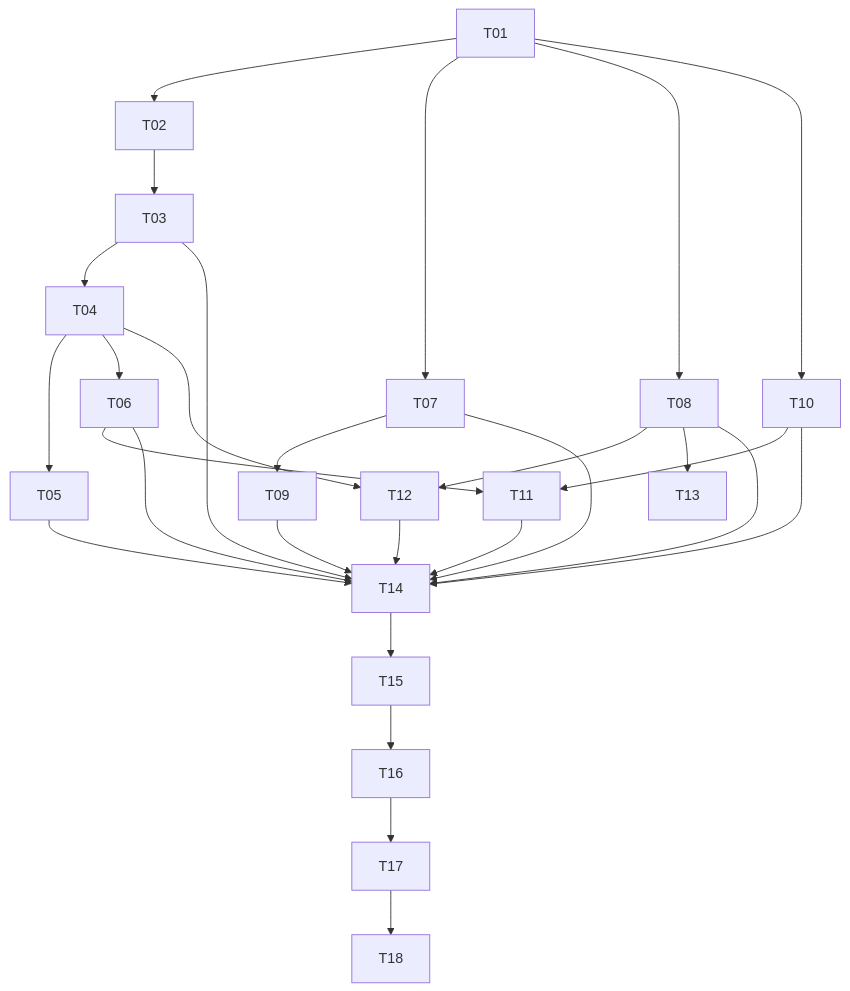
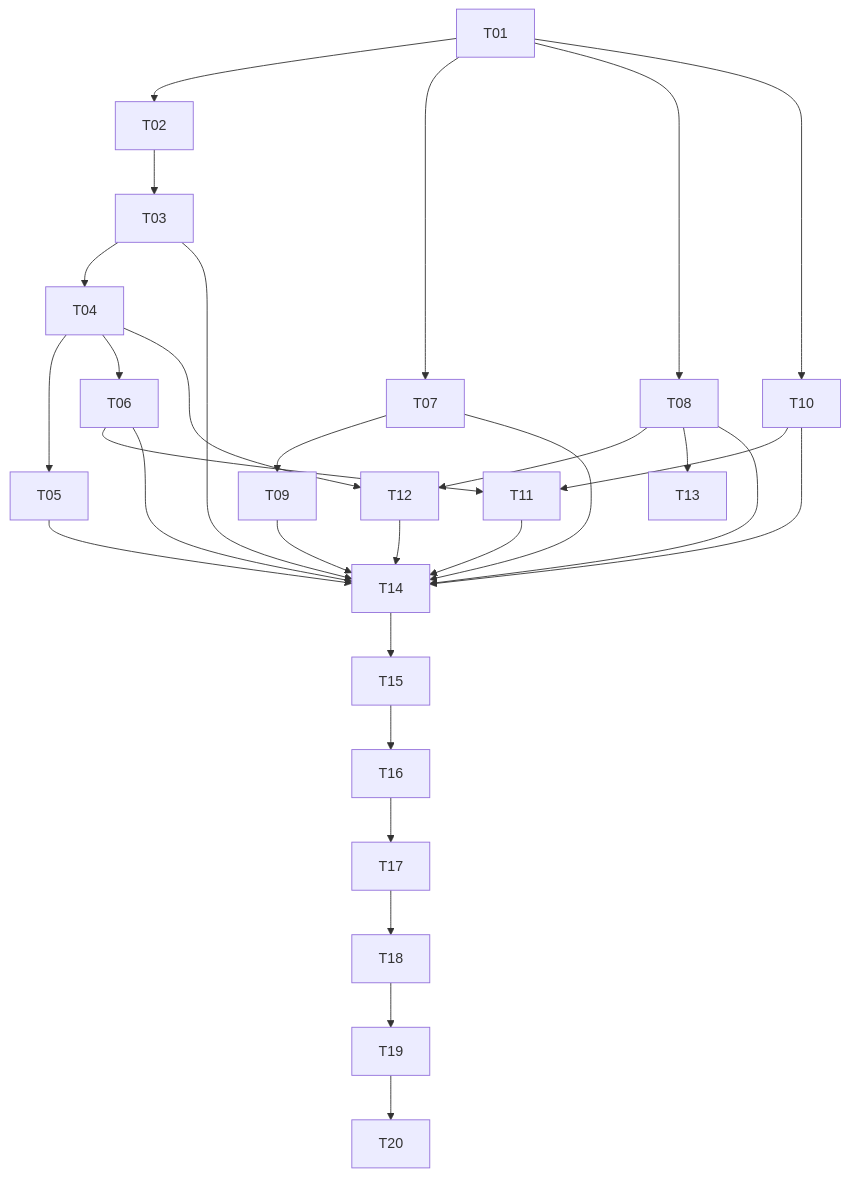
Before and after one commit to wzyonline-1999/docmost-x: the diagram in specs/docmost-mcp-vector/tasks.md, drawn with Mermaid. The commit also changed other lines of this file and 14 other files, not shown here.

````diff
--- a/specs/docmost-mcp-vector/tasks.md
+++ b/specs/docmost-mcp-vector/tasks.md
@@ -746,24 +805,24 @@
 ```mermaid
 flowchart TD
   T01 --> T02 --> T03 --> T04
   T04 --> T05
   T04 --> T06
   T01 --> T07 --> T09
   T01 --> T08
   T01 --> T10
   T06 --> T11
   T10 --> T11
   T04 --> T12
   T08 --> T12
   T08 --> T13
   T03 --> T14
   T05 --> T14
   T06 --> T14
   T07 --> T14
   T08 --> T14
   T09 --> T14
   T10 --> T14
   T11 --> T14
   T12 --> T14
-  T14 --> T15 --> T16 --> T17 --> T18
+  T14 --> T15 --> T16 --> T17 --> T18 --> T19 --> T20
 ```
````
